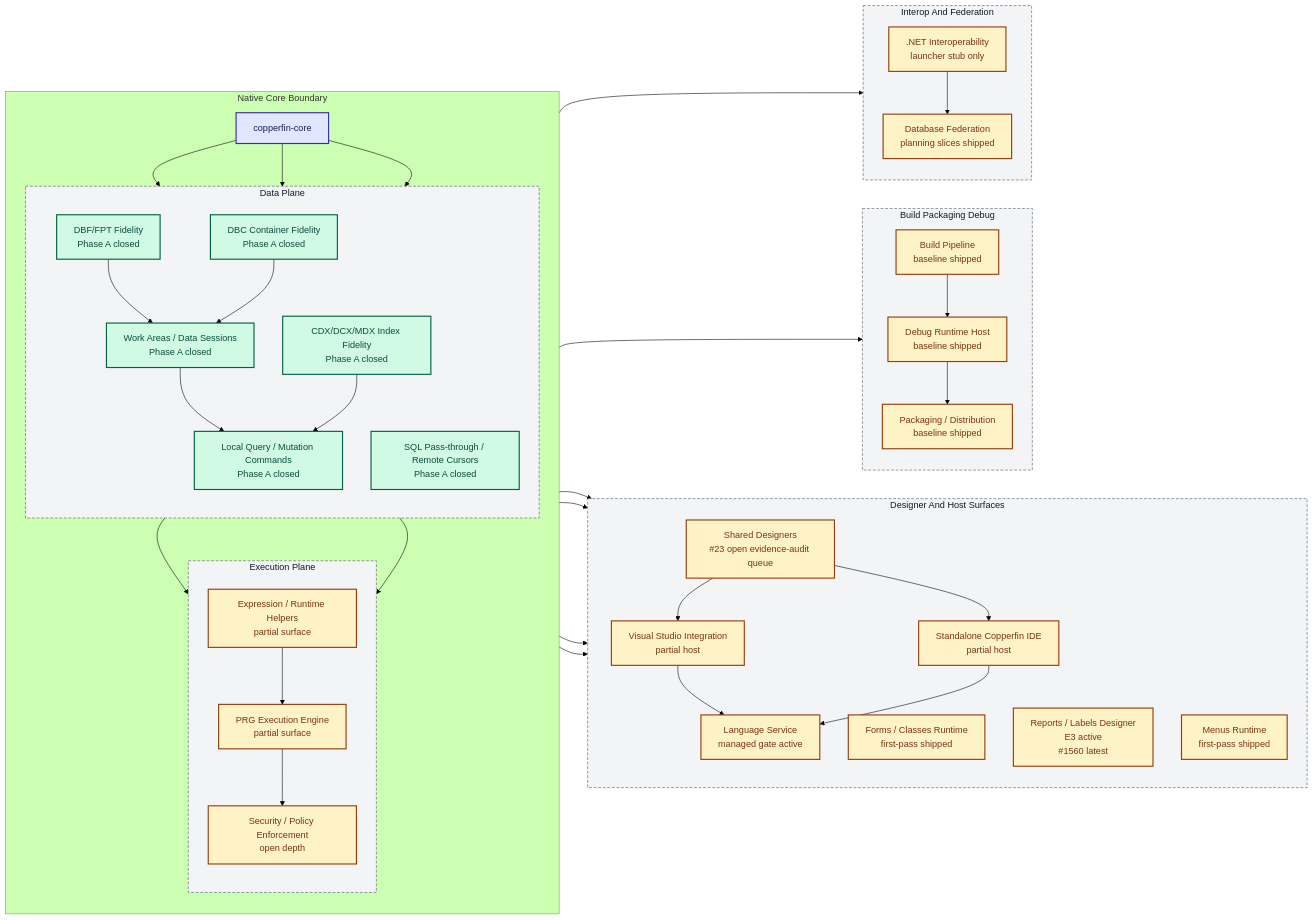
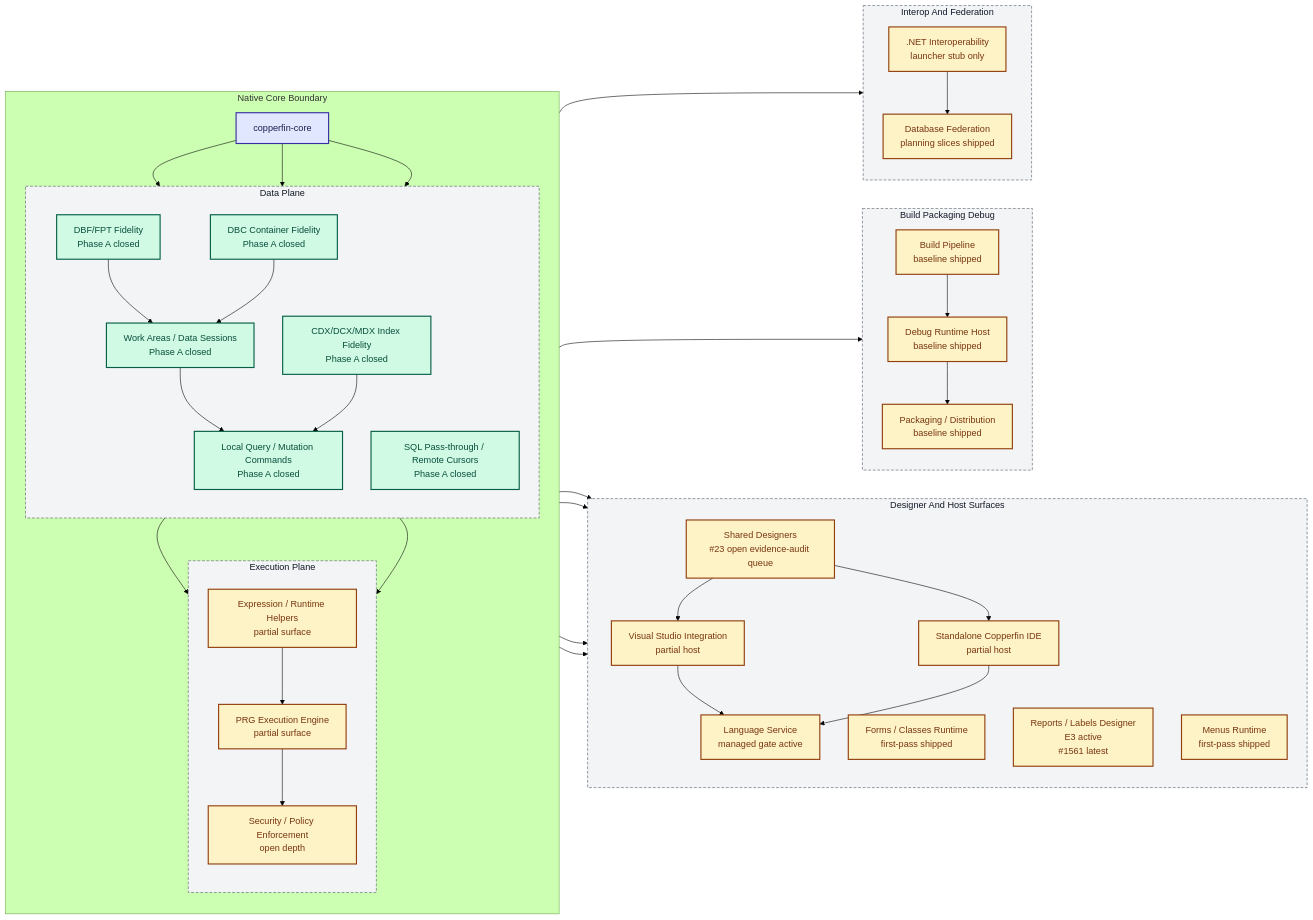
Before and after one commit to rhamenator/Project-Copperfin: the diagram in docs/02-architecture.md, drawn with Mermaid (forest theme). The commit also changed 6 other files, not shown here.

```diff
--- a/docs/02-architecture.md
+++ b/docs/02-architecture.md
@@ -36,7 +36,7 @@
         direction TB
         DES["Shared Designers<br/>#23 open evidence-audit queue"]
         FORMS["Forms / Classes Runtime<br/>first-pass shipped"]
-        RPT["Reports / Labels Designer<br/>E3 active<br/>#1560 latest"]
+        RPT["Reports / Labels Designer<br/>E3 active<br/>#1561 latest"]
         MENU["Menus Runtime<br/>first-pass shipped"]
         VS["Visual Studio Integration<br/>partial host"]
         IDE["Standalone Copperfin IDE<br/>partial host"]
```
